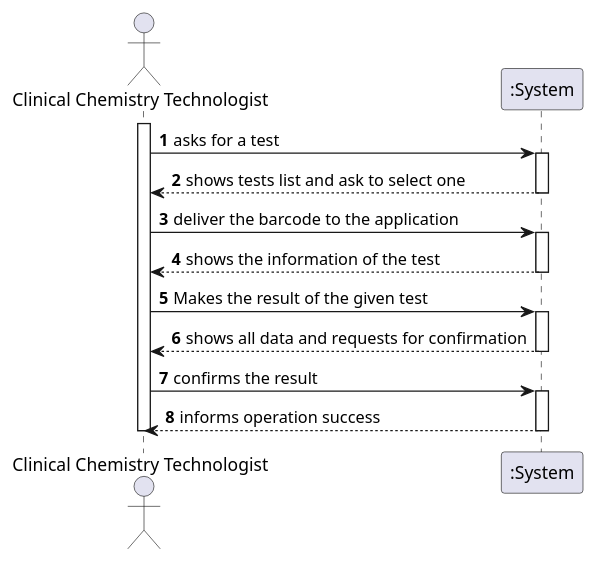
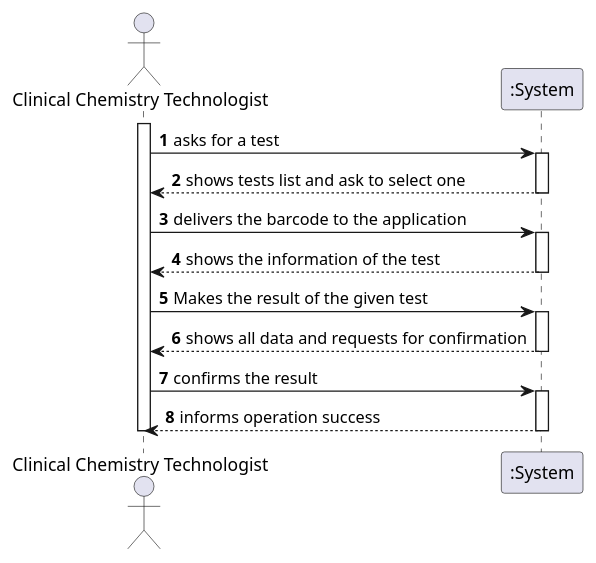
The diagram in docs/SprintC/US12/US12_SSD.puml (GuilhermeCunha79/lapr2), drawn with PlantUML before and after one commit. The commit also changed 6 other files, not shown here.

Commit message:
Update of the diagrams [UC-12] [Design]

```diff
--- a/docs/SprintC/US12/US12_SSD.puml
+++ b/docs/SprintC/US12/US12_SSD.puml
@@ -1,28 +1,28 @@
 @startuml
 autonumber
 actor "Clinical Chemistry Technologist" as CCT
 
 activate CCT
 CCT -> ":System" : asks for a test
 activate ":System"
 ":System" --> CCT : shows tests list and ask to select one
 deactivate ":System"
 
-CCT -> ":System" : deliver the barcode to the application
+CCT -> ":System" : delivers the barcode to the application
 activate ":System"
 ":System" --> CCT : shows the information of the test
 deactivate ":System"
 
 CCT -> ":System" : Makes the result of the given test
 activate ":System"
 ":System" --> CCT : shows all data and requests for confirmation
 deactivate ":System"
 
 CCT -> ":System" : confirms the result
 activate ":System"
 ":System" --> CCT : informs operation success
 deactivate ":System"
 
 deactivate CCT
 
 @enduml
```
